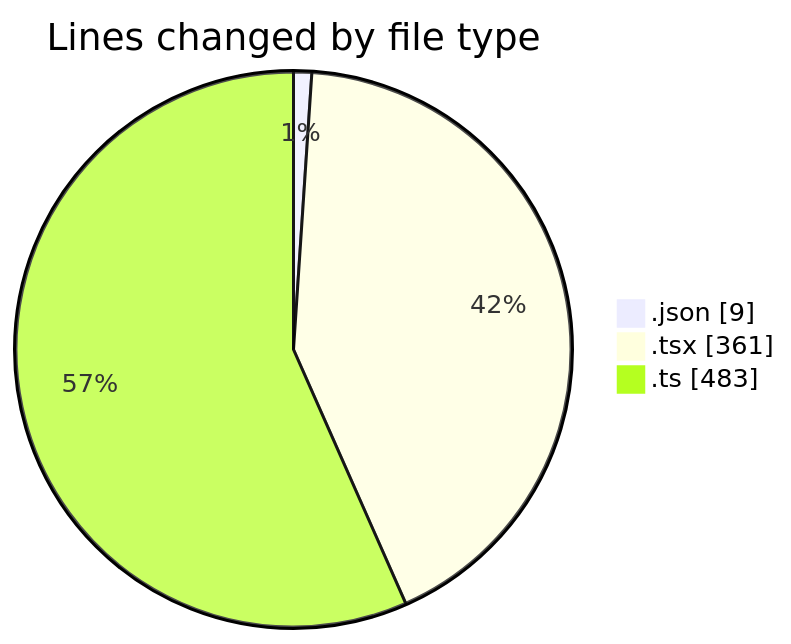
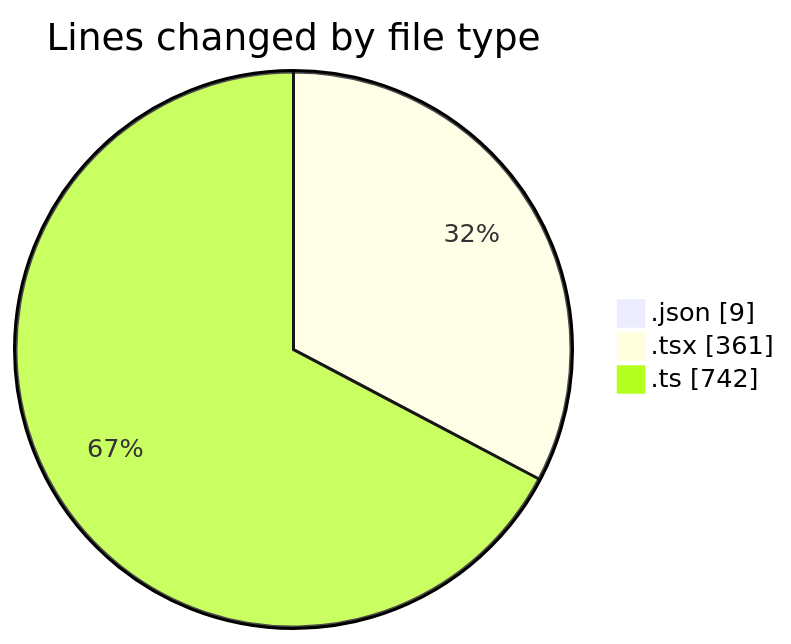
The first of 2 diagrams in 2025-10-27/eventscop-frontend-guide__workspace_/README.md (julien-gomy/code-tracking), drawn with Mermaid before and after one commit. The commit also changed other lines of this file and 1 other file, not shown here.

````diff
--- a/2025-10-27/eventscop-frontend-guide__workspace_/README.md
+++ b/2025-10-27/eventscop-frontend-guide__workspace_/README.md
@@ -25,7 +25,7 @@
 ```mermaid
 pie showData
 title Lines changed by file type
 ".json" : 9
 ".tsx" : 361
-".ts" : 483
+".ts" : 742
 ```
````
